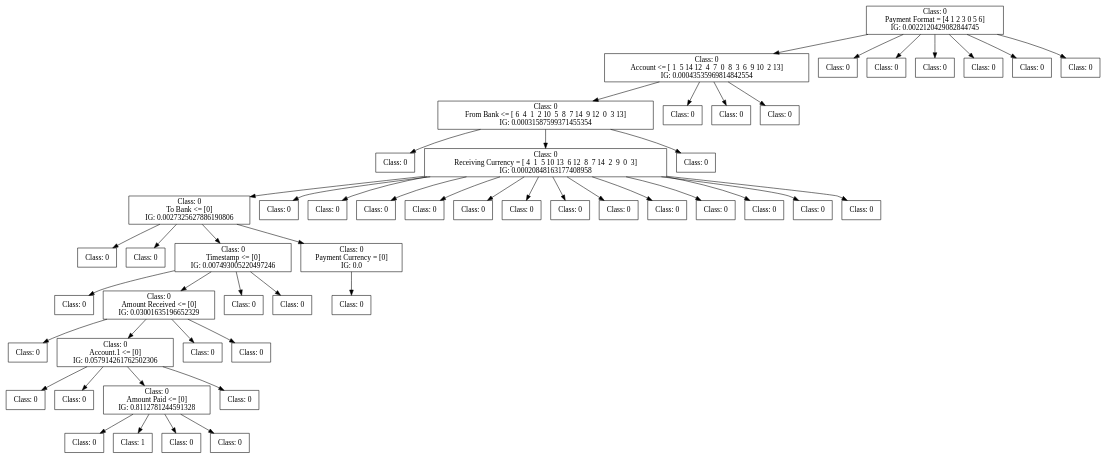
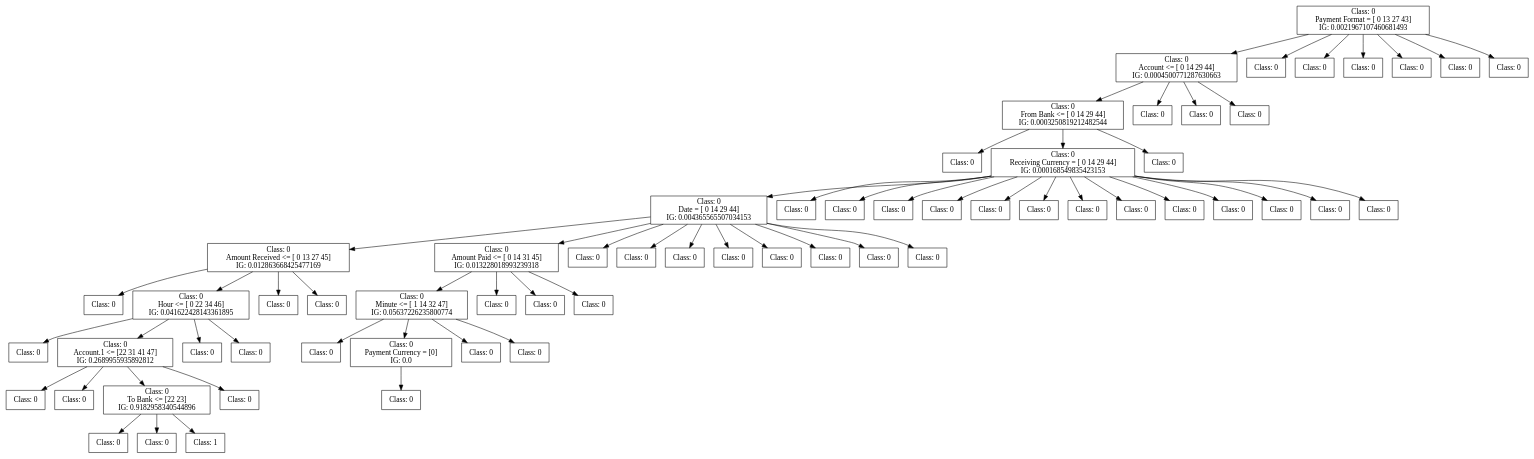
The diagram in dot_figs/tree-id3-wo_preprocessing-4.dot (FedericoBruzzone/anti-money-laundering), drawn with Graphviz before and after one commit. The commit also changed 28 other files, not shown here.

```diff
--- a/dot_figs/tree-id3-wo_preprocessing-4.dot
+++ b/dot_figs/tree-id3-wo_preprocessing-4.dot
@@ -1,163 +1,204 @@
 digraph DecisionTree {
 	rankdir=TD;
 	node [shape=box];
-	2875929677920 [label="Class: 0
-Payment Format = [4 1 2 3 0 5 6]
-IG: 0.0022120429082844745"];
-	2875929834832 [label="Class: 0
-Account <= [ 1  5 14 12  4  7  0  8  3  6  9 10  2 13]
-IG: 0.00043535969814842554"];
-	2875929677920 -> 2875929834832;
-	2875929826672 [label="Class: 0
-From Bank <= [ 6  4  1  2 10  5  8  7 14  9 12  0  3 13]
-IG: 0.00031587599371455354"];
-	2875929834832 -> 2875929826672;
-	2875929826336 [label="Class: 0
+	1903594355776 [label="Class: 0
+Payment Format = [ 0 13 27 43]
+IG: 0.0021967107460681493"];
+	1901316559232 [label="Class: 0
+Account <= [ 0 14 29 44]
+IG: 0.0004500771287630663"];
+	1903594355776 -> 1901316559232;
+	1901316560384 [label="Class: 0
+From Bank <= [ 0 14 29 44]
+IG: 0.0003250819212482544"];
+	1901316559232 -> 1901316560384;
+	1901316560912 [label="Class: 0
 "];
-	2875929826672 -> 2875929826336;
-	2875929834352 [label="Class: 0
-Receiving Currency = [ 4  1  5 10 13  6 12  8  7 14  2  9  0  3]
-IG: 0.00020848163177408958"];
-	2875929826672 -> 2875929834352;
-	2875929678736 [label="Class: 0
-To Bank <= [0]
-IG: 0.0027325627886190806"];
-	2875929834352 -> 2875929678736;
-	2875929677104 [label="Class: 0
+	1901316560384 -> 1901316560912;
+	1901316561104 [label="Class: 0
+Receiving Currency = [ 0 14 29 44]
+IG: 0.000168549835423153"];
+	1901316560384 -> 1901316561104;
+	1901316558032 [label="Class: 0
+Date = [ 0 14 29 44]
+IG: 0.004365565507034153"];
+	1901316561104 -> 1901316558032;
+	1901316561920 [label="Class: 0
+Amount Received <= [ 0 13 27 45]
+IG: 0.012863668425477169"];
+	1901316558032 -> 1901316561920;
+	1901316563312 [label="Class: 0
 "];
-	2875929678736 -> 2875929677104;
-	2875929685696 [label="Class: 0
+	1901316561920 -> 1901316563312;
+	1901316561776 [label="Class: 0
+Hour <= [ 0 22 34 46]
+IG: 0.041622428143361895"];
+	1901316561920 -> 1901316561776;
+	1901316564176 [label="Class: 0
 "];
-	2875929678736 -> 2875929685696;
-	2875929688096 [label="Class: 0
-Timestamp <= [0]
-IG: 0.007493005220497246"];
-	2875929678736 -> 2875929688096;
-	2875929675376 [label="Class: 0
+	1901316561776 -> 1901316564176;
+	1901316563600 [label="Class: 0
+Account.1 <= [22 31 41 47]
+IG: 0.2689955935892812"];
+	1901316561776 -> 1901316563600;
+	1901316564992 [label="Class: 0
 "];
-	2875929688096 -> 2875929675376;
-	2875929682240 [label="Class: 0
-Amount Received <= [0]
-IG: 0.03001635196652329"];
-	2875929688096 -> 2875929682240;
-	2876938132960 [label="Class: 0
+	1901316563600 -> 1901316564992;
+	1901316564416 [label="Class: 0
 "];
-	2875929682240 -> 2876938132960;
-	2876938129504 [label="Class: 0
-Account.1 <= [0]
-IG: 0.057914261762502306"];
-	2875929682240 -> 2876938129504;
-	2876938131136 [label="Class: 0
+	1901316563600 -> 1901316564416;
+	1901316557984 [label="Class: 0
+To Bank <= [22 23]
+IG: 0.9182958340544896"];
+	1901316563600 -> 1901316557984;
+	1901316565520 [label="Class: 0
 "];
-	2876938129504 -> 2876938131136;
-	2876938136944 [label="Class: 0
+	1901316557984 -> 1901316565520;
+	1901316565712 [label="Class: 0
 "];
-	2876938129504 -> 2876938136944;
-	2876938130224 [label="Class: 0
-Amount Paid <= [0]
-IG: 0.8112781244591328"];
-	2876938129504 -> 2876938130224;
-	2876938138384 [label="Class: 0
+	1901316557984 -> 1901316565712;
+	1901316564080 [label="Class: 1
 "];
-	2876938130224 -> 2876938138384;
-	2876938133056 [label="Class: 1
+	1901316557984 -> 1901316564080;
+	1901316563888 [label="Class: 0
 "];
-	2876938130224 -> 2876938133056;
-	2876938135696 [label="Class: 0
+	1901316563600 -> 1901316563888;
+	1901316560144 [label="Class: 0
 "];
-	2876938130224 -> 2876938135696;
-	2876938140640 [label="Class: 0
+	1901316561776 -> 1901316560144;
+	1901316563072 [label="Class: 0
 "];
-	2876938130224 -> 2876938140640;
-	2876938133488 [label="Class: 0
+	1901316561776 -> 1901316563072;
+	1901316562688 [label="Class: 0
 "];
-	2876938129504 -> 2876938133488;
-	2876938132144 [label="Class: 0
+	1901316561920 -> 1901316562688;
+	1901316562304 [label="Class: 0
 "];
-	2875929682240 -> 2876938132144;
-	2876938132240 [label="Class: 0
+	1901316561920 -> 1901316562304;
+	1901316562112 [label="Class: 0
+Amount Paid <= [ 0 14 31 45]
+IG: 0.013228018993239318"];
+	1901316558032 -> 1901316562112;
+	1901316566528 [label="Class: 0
+Minute <= [ 1 14 32 47]
+IG: 0.05637226235800774"];
+	1901316562112 -> 1901316566528;
+	1901316567392 [label="Class: 0
 "];
-	2875929682240 -> 2876938132240;
-	2875929681808 [label="Class: 0
-"];
-	2875929688096 -> 2875929681808;
-	2875929687904 [label="Class: 0
-"];
-	2875929688096 -> 2875929687904;
-	2875929687808 [label="Class: 0
+	1901316566528 -> 1901316567392;
+	1901316566816 [label="Class: 0
 Payment Currency = [0]
 IG: 0.0"];
-	2875929678736 -> 2875929687808;
-	2876938141312 [label="Class: 0
+	1901316566528 -> 1901316566816;
+	1901316567248 [label="Class: 0
 "];
-	2875929687808 -> 2876938141312;
-	2875929674992 [label="Class: 0
+	1901316566816 -> 1901316567248;
+	1901316566576 [label="Class: 0
 "];
-	2875929834352 -> 2875929674992;
-	2875929681664 [label="Class: 0
+	1901316566528 -> 1901316566576;
+	1901316566240 [label="Class: 0
 "];
-	2875929834352 -> 2875929681664;
-	2875929682720 [label="Class: 0
+	1901316566528 -> 1901316566240;
+	1901316564320 [label="Class: 0
 "];
-	2875929834352 -> 2875929682720;
-	2875929680944 [label="Class: 0
+	1901316562112 -> 1901316564320;
+	1901316565808 [label="Class: 0
 "];
-	2875929834352 -> 2875929680944;
-	2875929679600 [label="Class: 0
+	1901316562112 -> 1901316565808;
+	1901316563552 [label="Class: 0
 "];
-	2875929834352 -> 2875929679600;
-	2875929682480 [label="Class: 0
+	1901316562112 -> 1901316563552;
+	1901316555776 [label="Class: 0
 "];
-	2875929834352 -> 2875929682480;
-	2875929679312 [label="Class: 0
+	1901316558032 -> 1901316555776;
+	1901316555104 [label="Class: 0
 "];
-	2875929834352 -> 2875929679312;
-	2875929682096 [label="Class: 0
+	1901316558032 -> 1901316555104;
+	1901316556880 [label="Class: 0
 "];
-	2875929834352 -> 2875929682096;
-	2875929681760 [label="Class: 0
+	1901316558032 -> 1901316556880;
+	1901316560048 [label="Class: 0
 "];
-	2875929834352 -> 2875929681760;
-	2875929684688 [label="Class: 0
+	1901316558032 -> 1901316560048;
+	1901316555248 [label="Class: 0
 "];
-	2875929834352 -> 2875929684688;
-	2875929677872 [label="Class: 0
+	1901316558032 -> 1901316555248;
+	1901316557744 [label="Class: 0
 "];
-	2875929834352 -> 2875929677872;
-	2875929680896 [label="Class: 0
+	1901316558032 -> 1901316557744;
+	1901316560528 [label="Class: 0
 "];
-	2875929834352 -> 2875929680896;
-	2875929683536 [label="Class: 0
+	1901316558032 -> 1901316560528;
+	1901316560432 [label="Class: 0
 "];
-	2875929834352 -> 2875929683536;
-	2875929836464 [label="Class: 0
+	1901316558032 -> 1901316560432;
+	1901316555056 [label="Class: 0
 "];
-	2875929826672 -> 2875929836464;
-	2875929825280 [label="Class: 0
+	1901316561104 -> 1901316555056;
+	1901316556832 [label="Class: 0
 "];
-	2875929834832 -> 2875929825280;
-	2875929825952 [label="Class: 0
+	1901316561104 -> 1901316556832;
+	1901316560192 [label="Class: 0
 "];
-	2875929834832 -> 2875929825952;
-	2875929823840 [label="Class: 0
+	1901316561104 -> 1901316560192;
+	1901316558992 [label="Class: 0
 "];
-	2875929834832 -> 2875929823840;
-	2875929835120 [label="Class: 0
+	1901316561104 -> 1901316558992;
+	1901316560336 [label="Class: 0
 "];
-	2875929677920 -> 2875929835120;
-	2875929832048 [label="Class: 0
+	1901316561104 -> 1901316560336;
+	1901316557504 [label="Class: 0
 "];
-	2875929677920 -> 2875929832048;
-	2875929821296 [label="Class: 0
+	1901316561104 -> 1901316557504;
+	1901316560000 [label="Class: 0
 "];
-	2875929677920 -> 2875929821296;
-	2875929834928 [label="Class: 0
+	1901316561104 -> 1901316560000;
+	1901316560096 [label="Class: 0
 "];
-	2875929677920 -> 2875929834928;
-	2875929834064 [label="Class: 0
+	1901316561104 -> 1901316560096;
+	1901316556064 [label="Class: 0
 "];
-	2875929677920 -> 2875929834064;
-	2875929834976 [label="Class: 0
+	1901316561104 -> 1901316556064;
+	1901316561344 [label="Class: 0
 "];
-	2875929677920 -> 2875929834976;
+	1901316561104 -> 1901316561344;
+	1901316560960 [label="Class: 0
+"];
+	1901316561104 -> 1901316560960;
+	1901316554864 [label="Class: 0
+"];
+	1901316561104 -> 1901316554864;
+	1901316560768 [label="Class: 0
+"];
+	1901316561104 -> 1901316560768;
+	1901316556256 [label="Class: 0
+"];
+	1901316560384 -> 1901316556256;
+	1901316557216 [label="Class: 0
+"];
+	1901316559232 -> 1901316557216;
+	1901316557792 [label="Class: 0
+"];
+	1901316559232 -> 1901316557792;
+	1901316554816 [label="Class: 0
+"];
+	1901316559232 -> 1901316554816;
+	1901316559136 [label="Class: 0
+"];
+	1903594355776 -> 1901316559136;
+	1901316555824 [label="Class: 0
+"];
+	1903594355776 -> 1901316555824;
+	1901316556688 [label="Class: 0
+"];
+	1903594355776 -> 1901316556688;
+	1901316556592 [label="Class: 0
+"];
+	1903594355776 -> 1901316556592;
+	1901316555728 [label="Class: 0
+"];
+	1903594355776 -> 1901316555728;
+	1901316556208 [label="Class: 0
+"];
+	1903594355776 -> 1901316556208;
 }
```
